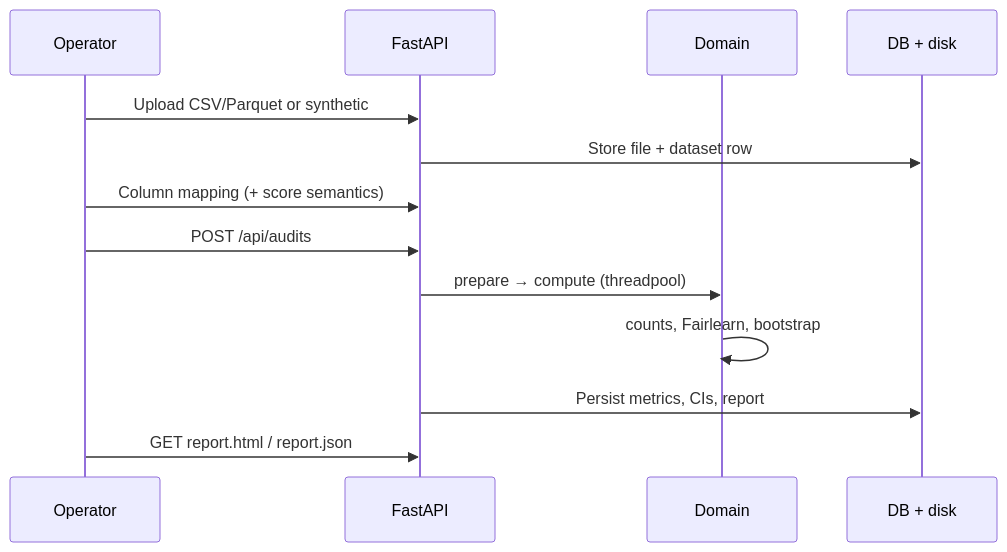
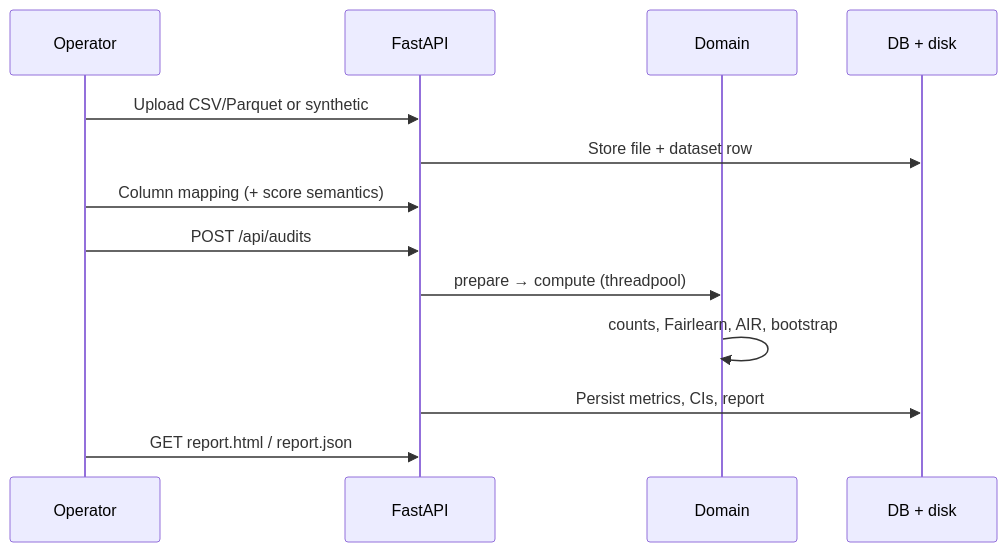
One commit to hasanhuseyinyetkiner/fairhire-audit changed the second of 2 diagrams in docs/ARCHITECTURE.md. Above: the diagram before and after it, drawn with Mermaid. The commit also changed other lines of this file and 12 other files, not shown here.

````diff
--- a/docs/ARCHITECTURE.md
+++ b/docs/ARCHITECTURE.md
@@ -32,15 +32,15 @@
 ```mermaid
 sequenceDiagram
   participant Op as Operator
   participant API as FastAPI
   participant Dom as Domain
   participant DB as DB + disk
   Op->>API: Upload CSV/Parquet or synthetic
   API->>DB: Store file + dataset row
   Op->>API: Column mapping (+ score semantics)
   Op->>API: POST /api/audits
   API->>Dom: prepare → compute (threadpool)
-  Dom->>Dom: counts, Fairlearn, bootstrap
+  Dom->>Dom: counts, Fairlearn, AIR, bootstrap
   API->>DB: Persist metrics, CIs, report
   Op->>API: GET report.html / report.json
 ```
````
